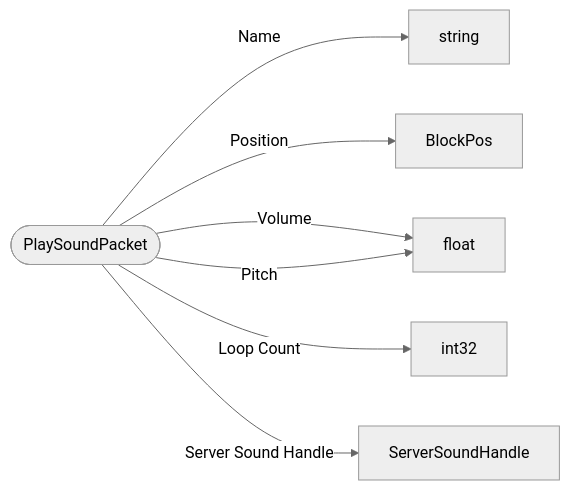
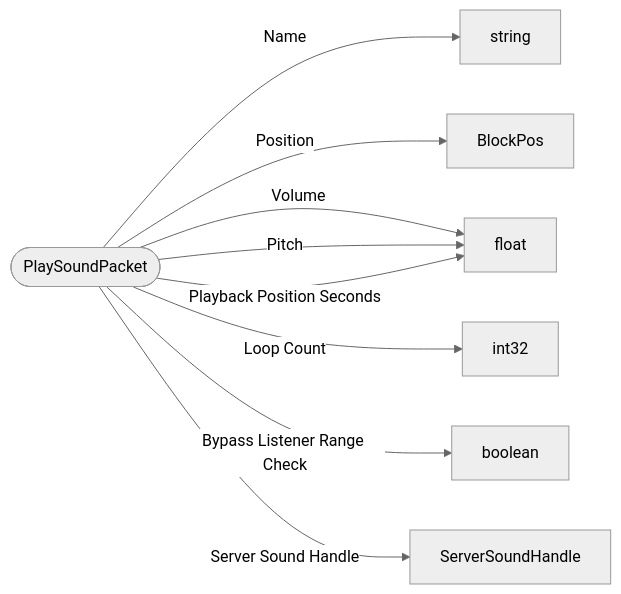
Before and after one commit to bedrock-v/protocol-docs: the diagram in schemas/packets/PlaySoundPacket.md, drawn with Mermaid (neutral theme). The commit also changed 114 other files, not shown here.

````diff
--- a/schemas/packets/PlaySoundPacket.md
+++ b/schemas/packets/PlaySoundPacket.md
@@ -7,10 +7,12 @@
 ```mermaid
 flowchart LR
   ROOT(["PlaySoundPacket"])
   ROOT -->|"Name"| string["string"]
   ROOT -->|"Position"| BlockPos["BlockPos"]
   ROOT -->|"Volume"| float["float"]
   ROOT -->|"Pitch"| float["float"]
   ROOT -->|"Loop Count"| int32["int32"]
+  ROOT -->|"Bypass Listener Range Check"| boolean["boolean"]
   ROOT -->|"Server Sound Handle"| ServerSoundHandle["ServerSoundHandle"]
+  ROOT -->|"Playback Position Seconds"| float["float"]
 ```
````
